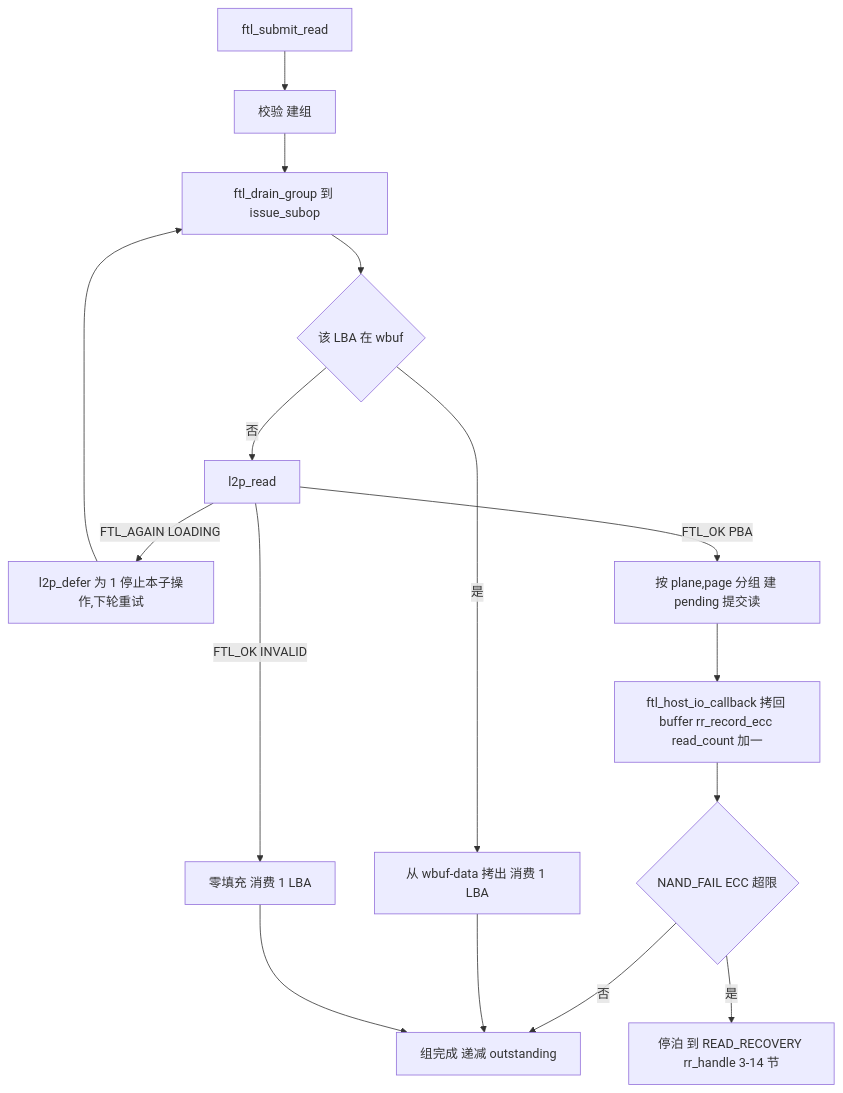
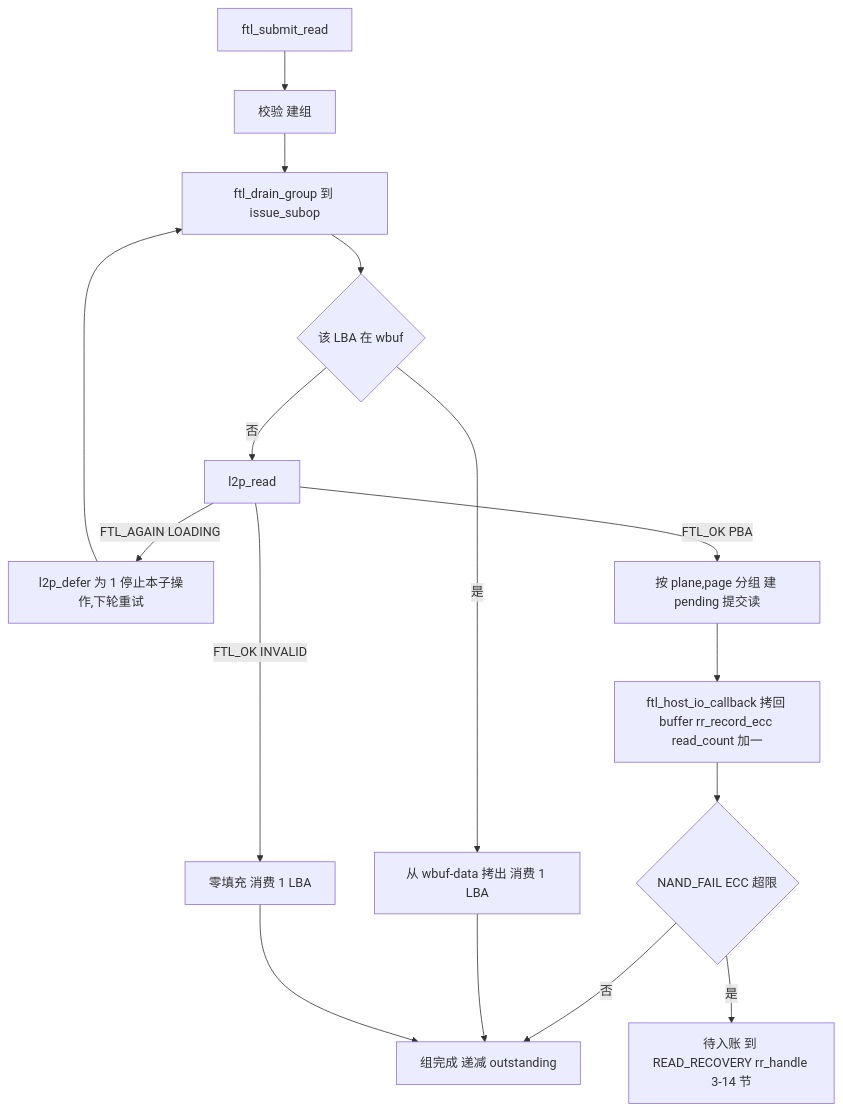
Diagram 28 of 34 in docs/design/ftl_design.md (YzYMIAO/BASESSD), drawn with Mermaid before and after one commit. The commit also changed other lines of this file and 45 other files, not shown here.

````diff
--- a/docs/design/ftl_design.md
+++ b/docs/design/ftl_design.md
@@ -4448,18 +4450,18 @@
 ```mermaid
 flowchart TD
     A["ftl_submit_read"] --> B["校验 建组"]
     B --> C["ftl_drain_group 到 issue_subop"]
     C --> D{"该 LBA 在 wbuf"}
     D -- "是" --> E["从 wbuf-data 拷出 消费 1 LBA"]
     D -- "否" --> F["l2p_read"]
     F -- "FTL_AGAIN LOADING" --> G["l2p_defer 为 1 停止本子操作,下轮重试"]
     F -- "FTL_OK INVALID" --> H["零填充 消费 1 LBA"]
     F -- "FTL_OK PBA" --> I["按 plane,page 分组 建 pending 提交读"]
     I --> J["ftl_host_io_callback 拷回 buffer rr_record_ecc read_count 加一"]
     J --> K{"NAND_FAIL ECC 超限"}
-    K -- "是" --> L["停泊 到 READ_RECOVERY rr_handle 3-14 节"]
+    K -- "是" --> L["待入账 到 READ_RECOVERY rr_handle 3-14 节"]
     K -- "否" --> M["组完成 递减 outstanding"]
     E --> M
     H --> M
     G --> C
 ```
````
